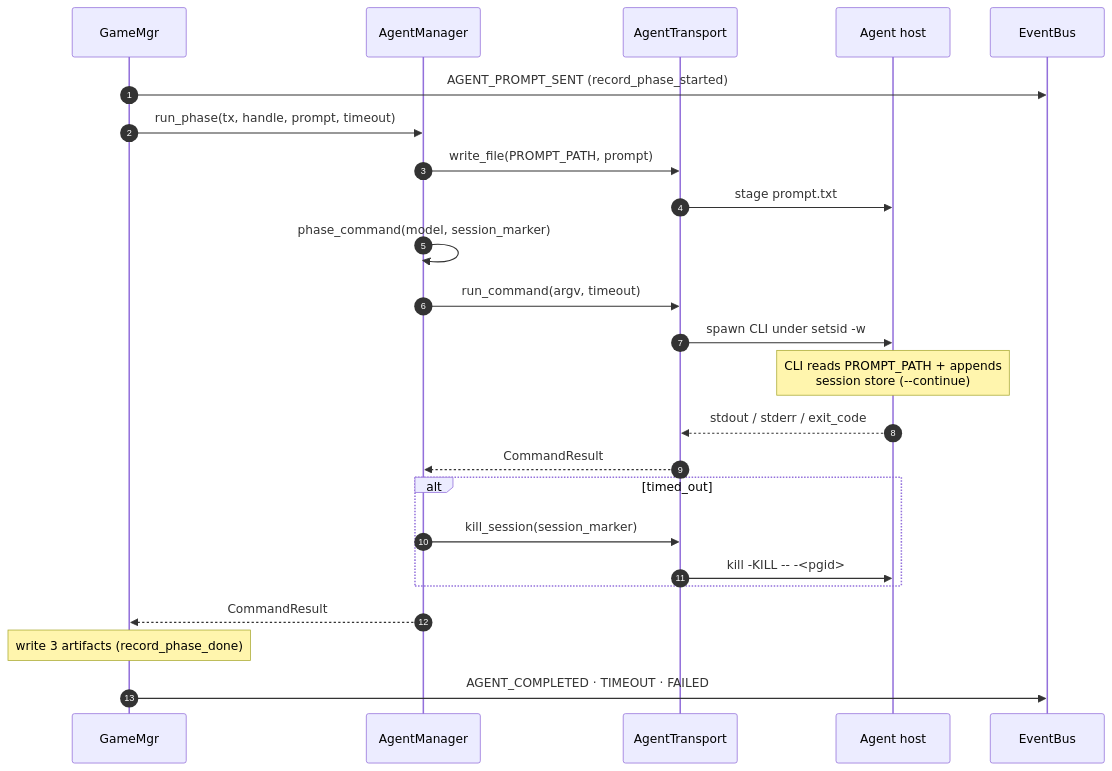
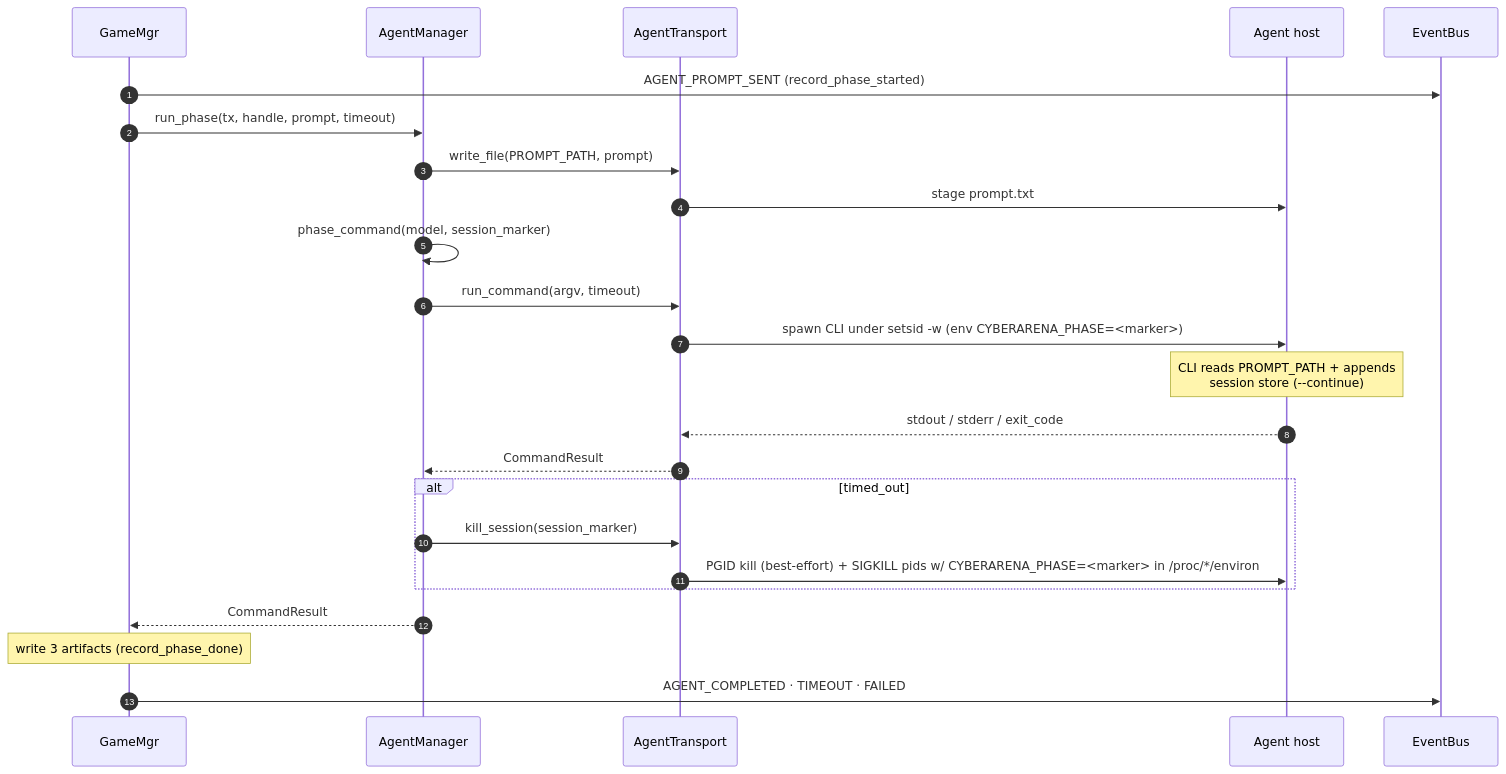
The second of 2 diagrams in docs/UML/agent_manager.md (YueyangPan/CyberArenaOrchestration), drawn with Mermaid before and after one commit. The commit also changed 34 other files, not shown here.

````diff
--- a/docs/UML/agent_manager.md
+++ b/docs/UML/agent_manager.md
@@ -122,27 +122,27 @@
 ```mermaid
 sequenceDiagram
   autonumber
   participant Game as GameMgr
   participant Mgr as AgentManager
   participant Tx as AgentTransport
   participant Host as Agent host
   participant Bus as EventBus
 
   Game->>Bus: AGENT_PROMPT_SENT (record_phase_started)
   Game->>Mgr: run_phase(tx, handle, prompt, timeout)
   Mgr->>Tx: write_file(PROMPT_PATH, prompt)
   Tx->>Host: stage prompt.txt
   Mgr->>Mgr: phase_command(model, session_marker)
   Mgr->>Tx: run_command(argv, timeout)
-  Tx->>Host: spawn CLI under setsid -w
+  Tx->>Host: spawn CLI under setsid -w (env CYBERARENA_PHASE=<marker>)
   Note over Host: CLI reads PROMPT_PATH + appends<br/>session store (--continue)
   Host-->>Tx: stdout / stderr / exit_code
   Tx-->>Mgr: CommandResult
   alt timed_out
     Mgr->>Tx: kill_session(session_marker)
-    Tx->>Host: kill -KILL -- -<pgid>
+    Tx->>Host: PGID kill (best-effort) + SIGKILL pids w/ CYBERARENA_PHASE=<marker> in /proc/*/environ
   end
   Mgr-->>Game: CommandResult
   Note over Game: write 3 artifacts (record_phase_done)
   Game->>Bus: AGENT_COMPLETED · TIMEOUT · FAILED
 ```
````
